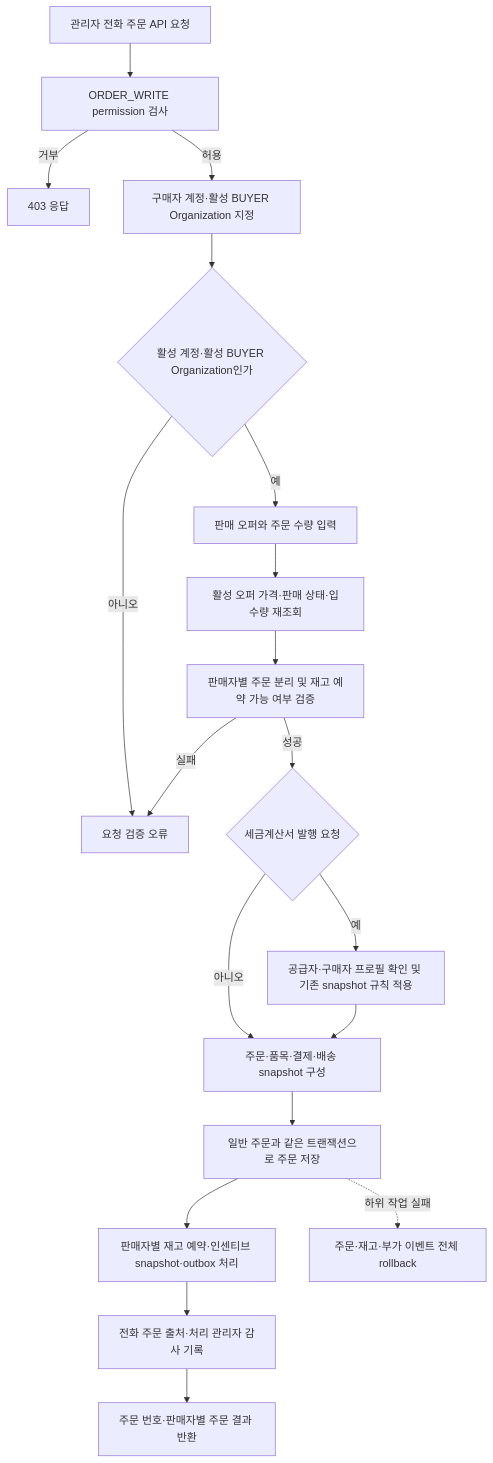
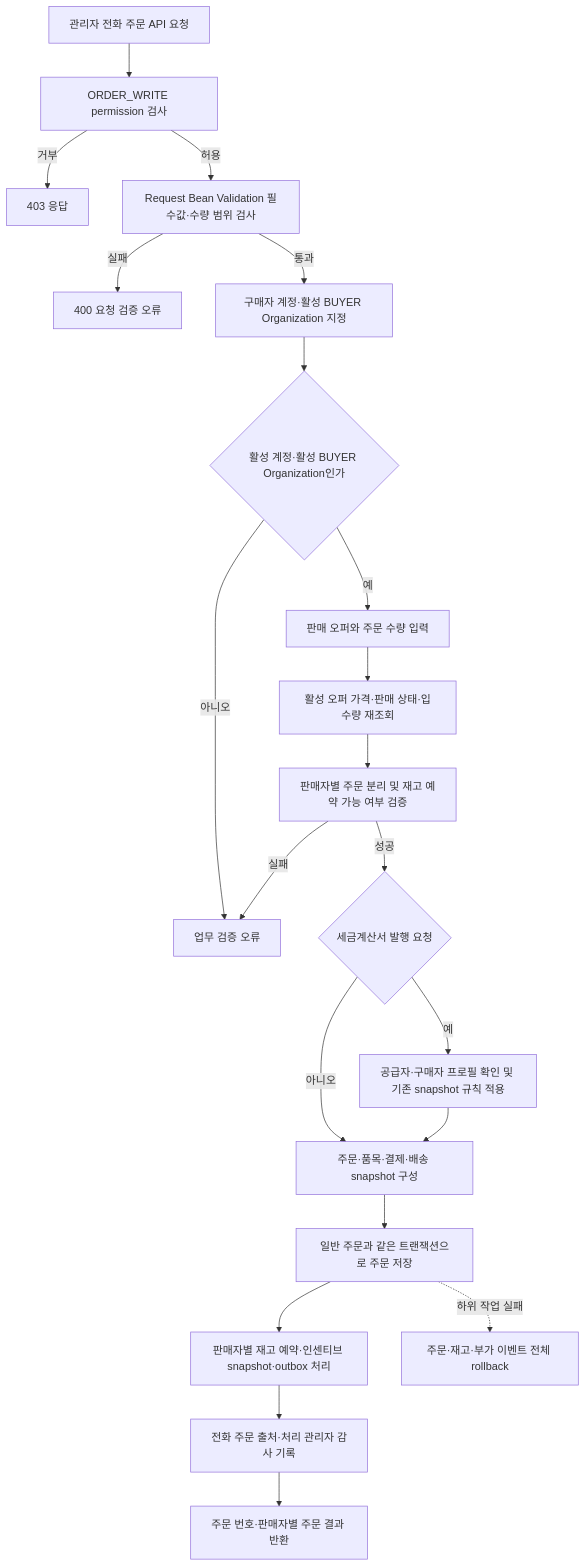
Before and after one commit to DongHyeonEom/umji-market-api: the third of 5 diagrams in docs/services/order.md, drawn with Mermaid. The commit also changed other lines of this file and 2 other files, not shown here.

Commit message:
docs: document request validation boundaries

````diff
--- a/docs/services/order.md
+++ b/docs/services/order.md
@@ -234,21 +236,23 @@
 ```mermaid
 flowchart TD
     ADMIN[관리자 전화 주문 API 요청] --> AUTH[ORDER_WRITE permission 검사]
     AUTH -->|거부| DENY[403 응답]
-    AUTH -->|허용| BUYER[구매자 계정·활성 BUYER Organization 지정]
+    AUTH -->|허용| INPUT[Request Bean Validation 필수값·수량 범위 검사]
+    INPUT -->|실패| BADINPUT[400 요청 검증 오류]
+    INPUT -->|통과| BUYER[구매자 계정·활성 BUYER Organization 지정]
     BUYER --> BUYERVALID{활성 계정·활성 BUYER Organization인가}
-    BUYERVALID -->|아니오| INVALID[요청 검증 오류]
+    BUYERVALID -->|아니오| INVALID[업무 검증 오류]
     BUYERVALID -->|예| LINES[판매 오퍼와 주문 수량 입력]
     LINES --> PRICE[활성 오퍼 가격·판매 상태·입수량 재조회]
     PRICE --> STOCK[판매자별 주문 분리 및 재고 예약 가능 여부 검증]
     STOCK -->|실패| INVALID
     STOCK -->|성공| TAX{세금계산서 발행 요청}
     TAX -->|예| PROFILE[공급자·구매자 프로필 확인 및 기존 snapshot 규칙 적용]
     TAX -->|아니오| DRAFT[주문·품목·결제·배송 snapshot 구성]
     PROFILE --> DRAFT
     DRAFT --> SAVE[일반 주문과 같은 트랜잭션으로 주문 저장]
     SAVE --> RESERVE[판매자별 재고 예약·인센티브 snapshot·outbox 처리]
     RESERVE --> AUDIT[전화 주문 출처·처리 관리자 감사 기록]
     AUDIT --> RESPONSE[주문 번호·판매자별 주문 결과 반환]
     SAVE -. 하위 작업 실패 .-> ROLLBACK[주문·재고·부가 이벤트 전체 rollback]
 ```
````
